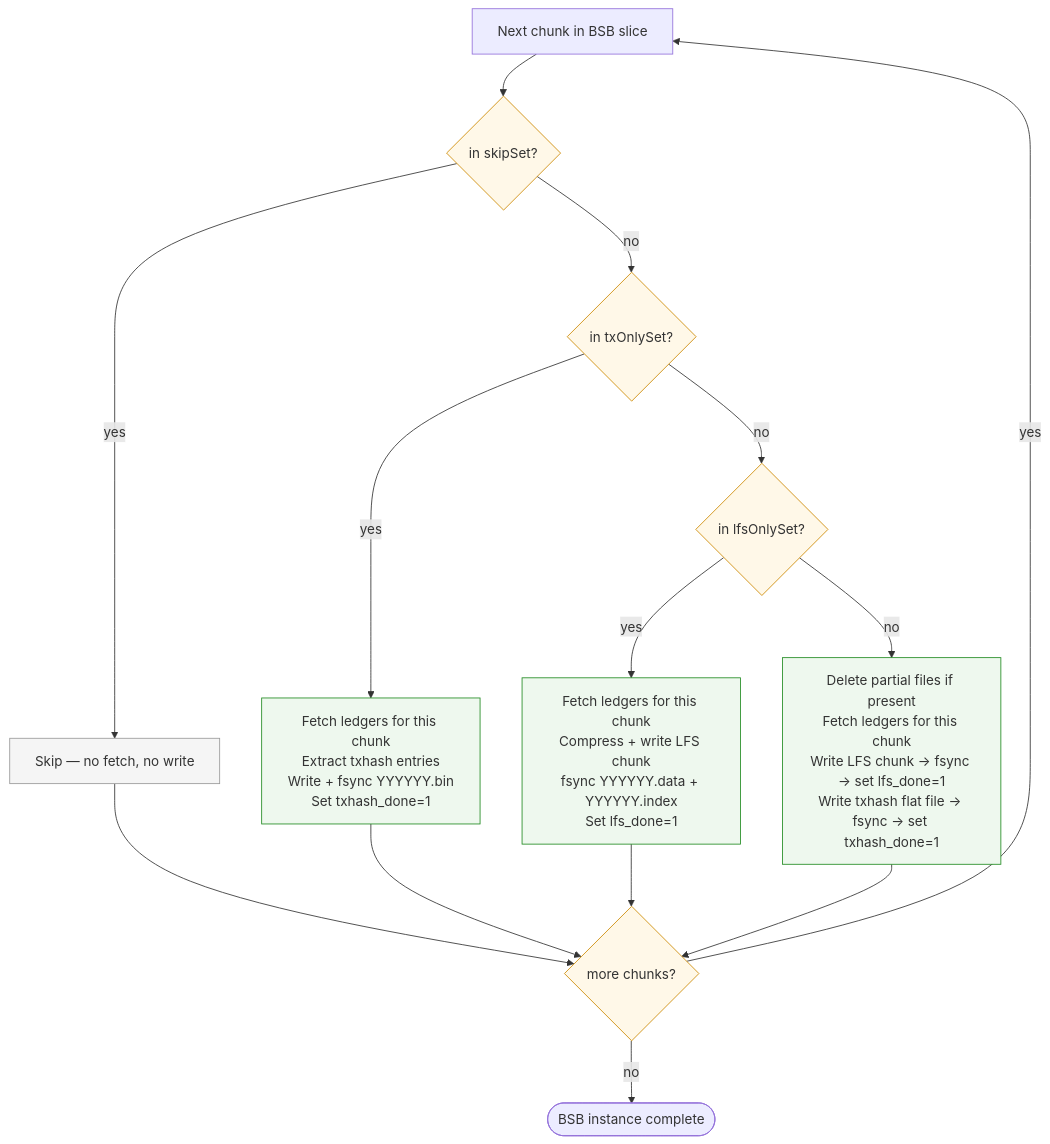
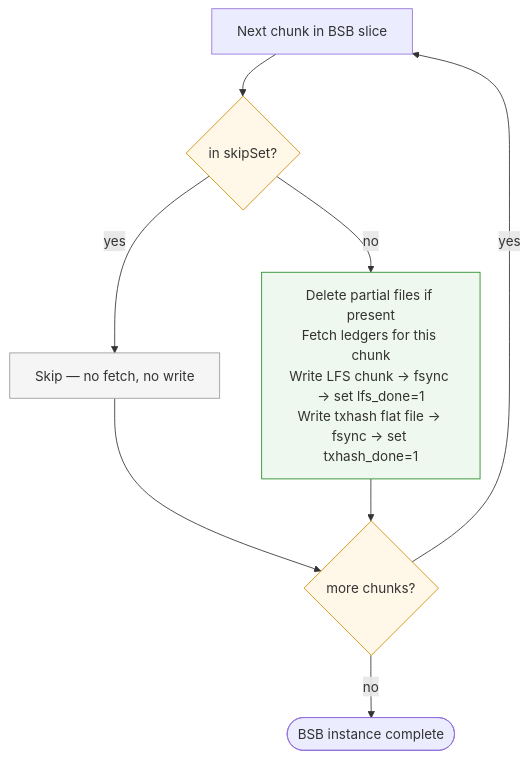
One commit to karthikiyer56/stellar-full-history-ingestion changed the second of 3 diagrams in design-docs-v2/07-crash-recovery.md. Above: the diagram before and after it, drawn with Mermaid. The commit also changed other lines of this file and 10 other files, not shown here.

````diff
--- a/design-docs-v2/07-crash-recovery.md
+++ b/design-docs-v2/07-crash-recovery.md
@@ -804,20 +795,14 @@
 ```mermaid
 flowchart TD
     classDef skip fill:#f5f5f5,stroke:#999
     classDef action fill:#eef8ee,stroke:#228b22
     classDef decision fill:#fff8e8,stroke:#cc8800
 
     ITER["Next chunk in BSB slice"] --> CHK{in skipSet?}:::decision
     CHK -->|yes| SKIP["Skip — no fetch, no write"]:::skip
-    CHK -->|no| CHK2{in txOnlySet?}:::decision
-    CHK2 -->|yes| TXONLY["Fetch ledgers for this chunk<br/>Extract txhash entries<br/>Write + fsync YYYYYY.bin<br/>Set txhash_done=1"]:::action
-    CHK2 -->|no| CHK3{in lfsOnlySet?}:::decision
-    CHK3 -->|yes| LFSONLY["Fetch ledgers for this chunk<br/>Compress + write LFS chunk<br/>fsync YYYYYY.data + YYYYYY.index<br/>Set lfs_done=1"]:::action
-    CHK3 -->|no| REDO["Delete partial files if present<br/>Fetch ledgers for this chunk<br/>Write LFS chunk → fsync → set lfs_done=1<br/>Write txhash flat file → fsync → set txhash_done=1"]:::action
+    CHK -->|no| REDO["Delete partial files if present<br/>Fetch ledgers for this chunk<br/>Write LFS chunk → fsync → set lfs_done=1<br/>Write txhash flat file → fsync → set txhash_done=1"]:::action
     SKIP --> NEXT{more chunks?}:::decision
-    TXONLY --> NEXT
-    LFSONLY --> NEXT
     REDO --> NEXT
     NEXT -->|yes| ITER
     NEXT -->|no| DONE(["BSB instance complete"])
 ```
````
